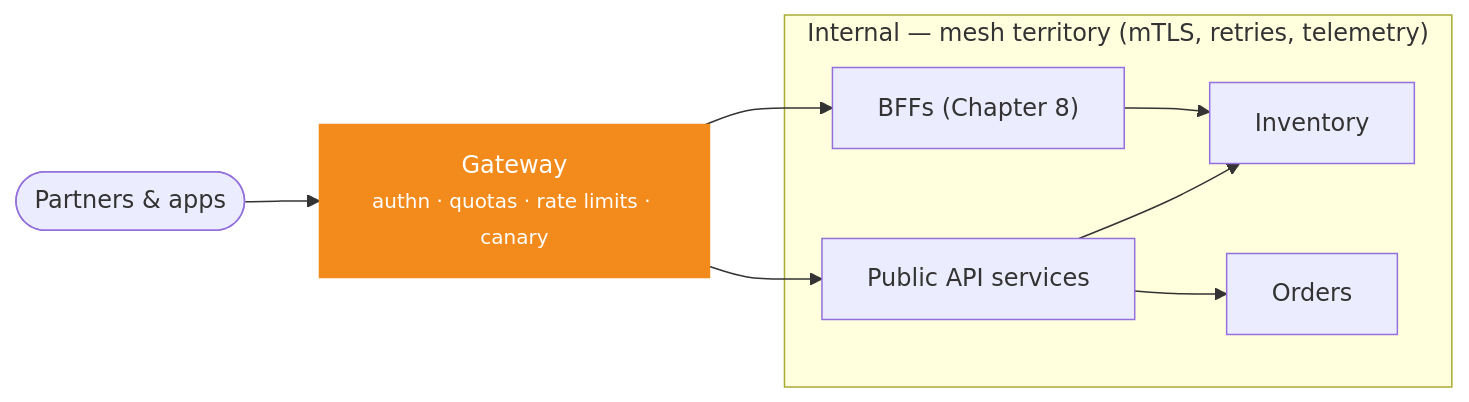
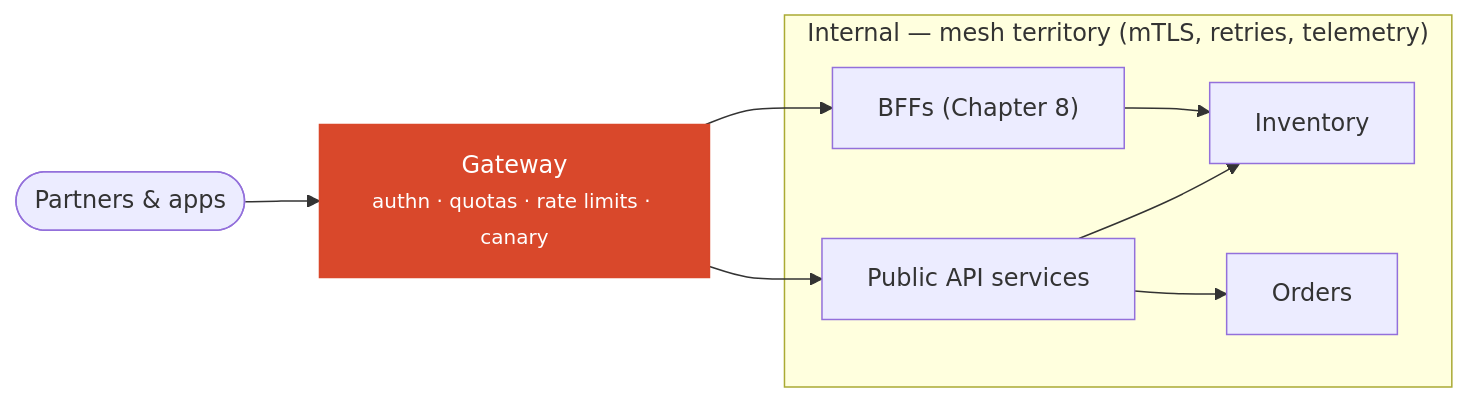
One commit to oleksiyp/arch-book changed diagram 15 of 23 in README.md. Above: the diagram before and after it, drawn with Mermaid. The commit also changed other lines of this file and 18 other files, not shown here.

```diff
--- a/README.md
+++ b/README.md
@@ -1346,12 +1346,12 @@
 <pre class="mermaid">
 flowchart LR
     p([Partners & apps]) --> gw["Gateway<br/><small>authn · quotas · rate limits · canary</small>"]
     gw --> bff["BFFs (Chapter 8)"]
     gw --> pub["Public API services"]
     subgraph internal["Internal — mesh territory (mTLS, retries, telemetry)"]
         pub --> inv["Inventory"] & ord["Orders"]
         bff --> inv
     end
-    classDef hot fill:#f38b1c,stroke:#f38b1c,color:#fff
+    classDef hot fill:#d9482b,stroke:#d9482b,color:#fff
     class gw hot
 </pre>
```
